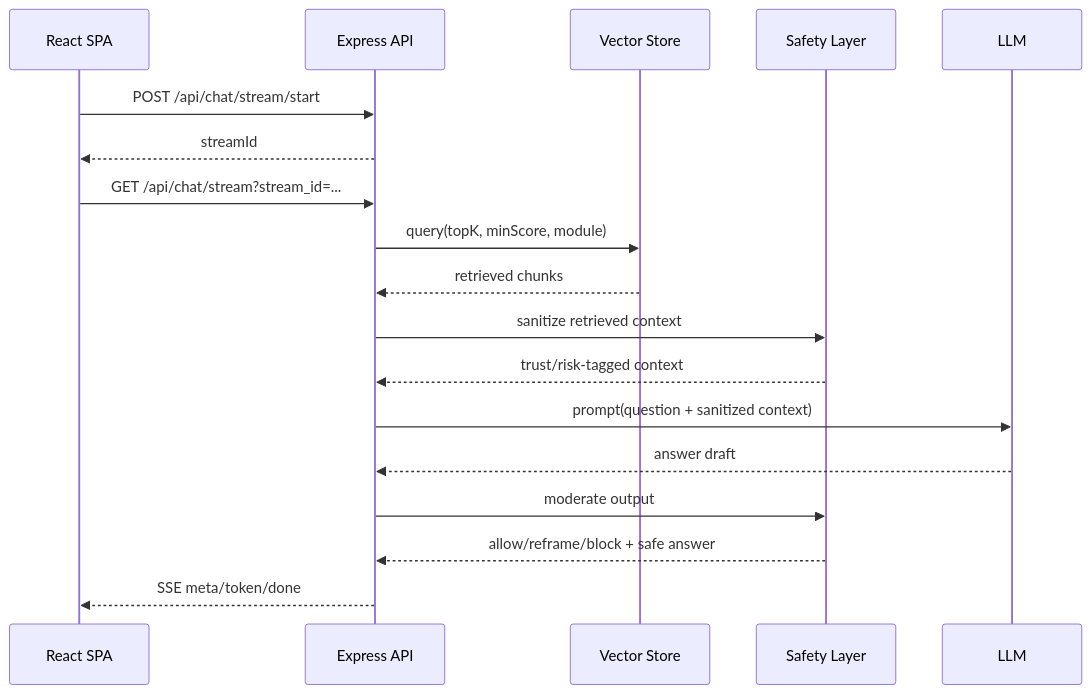
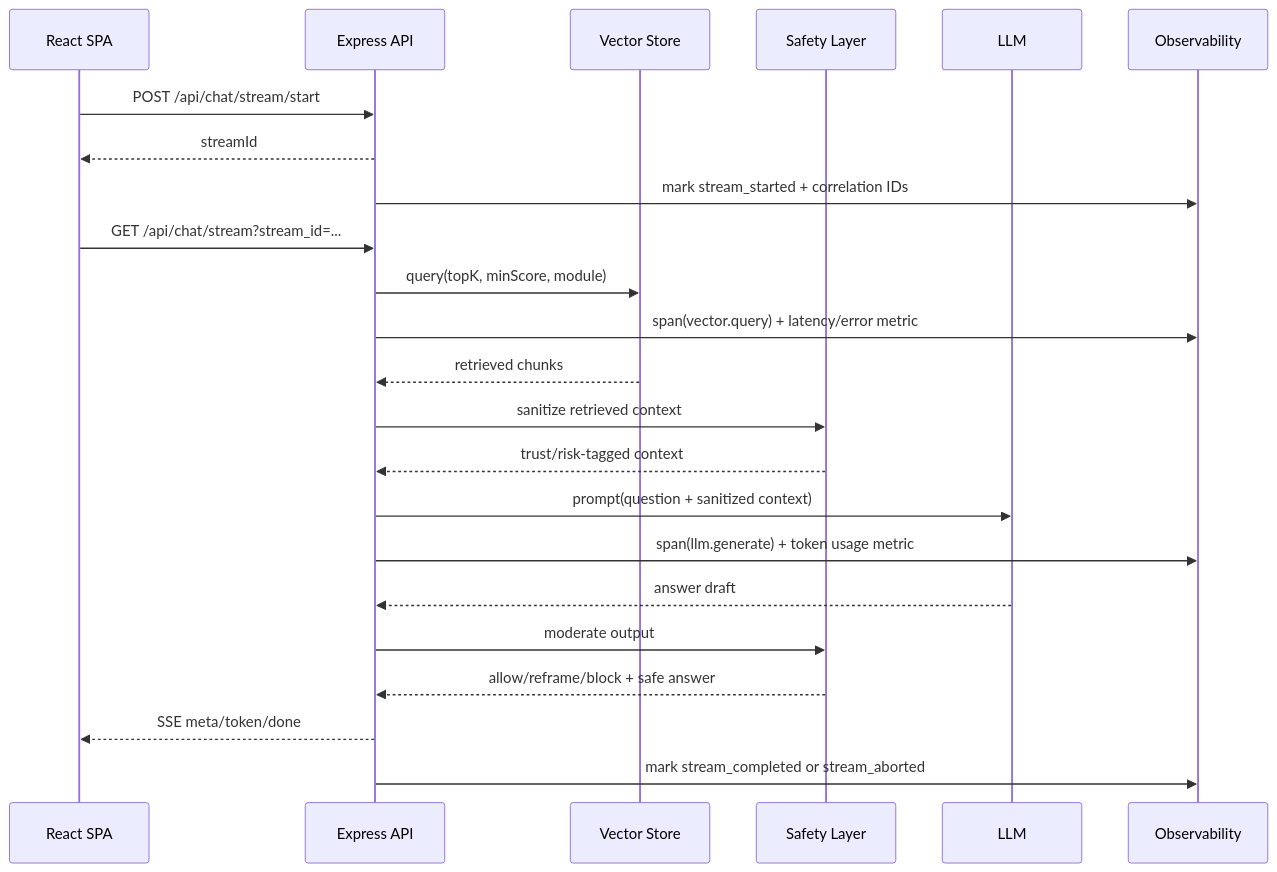
One commit to jasonjlcl/Skill-Forge- changed the second of 2 diagrams in Architecture.md. Above: the diagram before and after it, drawn with Mermaid. The commit also changed other lines of this file and 10 other files, not shown here.

Commit message:
feat(observability): add otel metrics/tracing baseline and correlation logging

````diff
--- a/Architecture.md
+++ b/Architecture.md
@@ -24,21 +25,26 @@
 ```mermaid
 sequenceDiagram
   participant SPA as React SPA
   participant API as Express API
   participant VS as Vector Store
   participant SAFE as Safety Layer
   participant LLM as LLM
+  participant OBS as Observability
 
   SPA->>API: POST /api/chat/stream/start
   API-->>SPA: streamId
+  API->>OBS: mark stream_started + correlation IDs
   SPA->>API: GET /api/chat/stream?stream_id=...
   API->>VS: query(topK, minScore, module)
+  API->>OBS: span(vector.query) + latency/error metric
   VS-->>API: retrieved chunks
   API->>SAFE: sanitize retrieved context
   SAFE-->>API: trust/risk-tagged context
   API->>LLM: prompt(question + sanitized context)
+  API->>OBS: span(llm.generate) + token usage metric
   LLM-->>API: answer draft
   API->>SAFE: moderate output
   SAFE-->>API: allow/reframe/block + safe answer
   API-->>SPA: SSE meta/token/done
+  API->>OBS: mark stream_completed or stream_aborted
 ```
````
